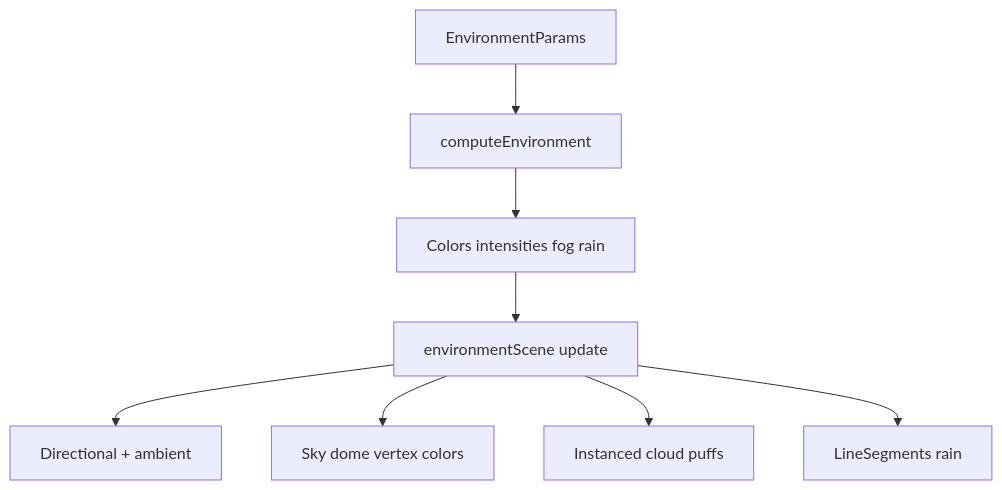
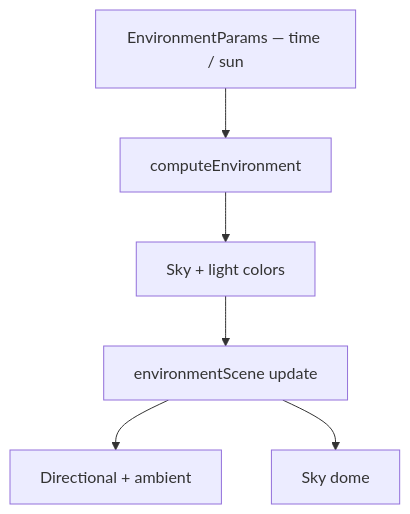
One commit to ruizhuoyang/ProceduralWorldBuilding changed the diagram in Project/environment.md. Above: the diagram before and after it, drawn with Mermaid. The commit also changed other lines of this file and 97 other files, not shown here.

````diff
--- a/Project/environment.md
+++ b/Project/environment.md
@@ -13,10 +13,8 @@
 ```mermaid
 flowchart TD
-  UI[EnvironmentParams] --> Compute[computeEnvironment]
-  Compute --> State[Colors intensities fog rain]
+  UI[EnvironmentParams — time / sun] --> Compute[computeEnvironment]
+  Compute --> State[Sky + light colors]
   State --> Scene[environmentScene update]
   Scene --> Lights[Directional + ambient]
-  Scene --> Sky[Sky dome vertex colors]
-  Scene --> Clouds[Instanced cloud puffs]
-  Scene --> Rain[LineSegments rain]
+  Scene --> Sky[Sky dome]
 ```
````
